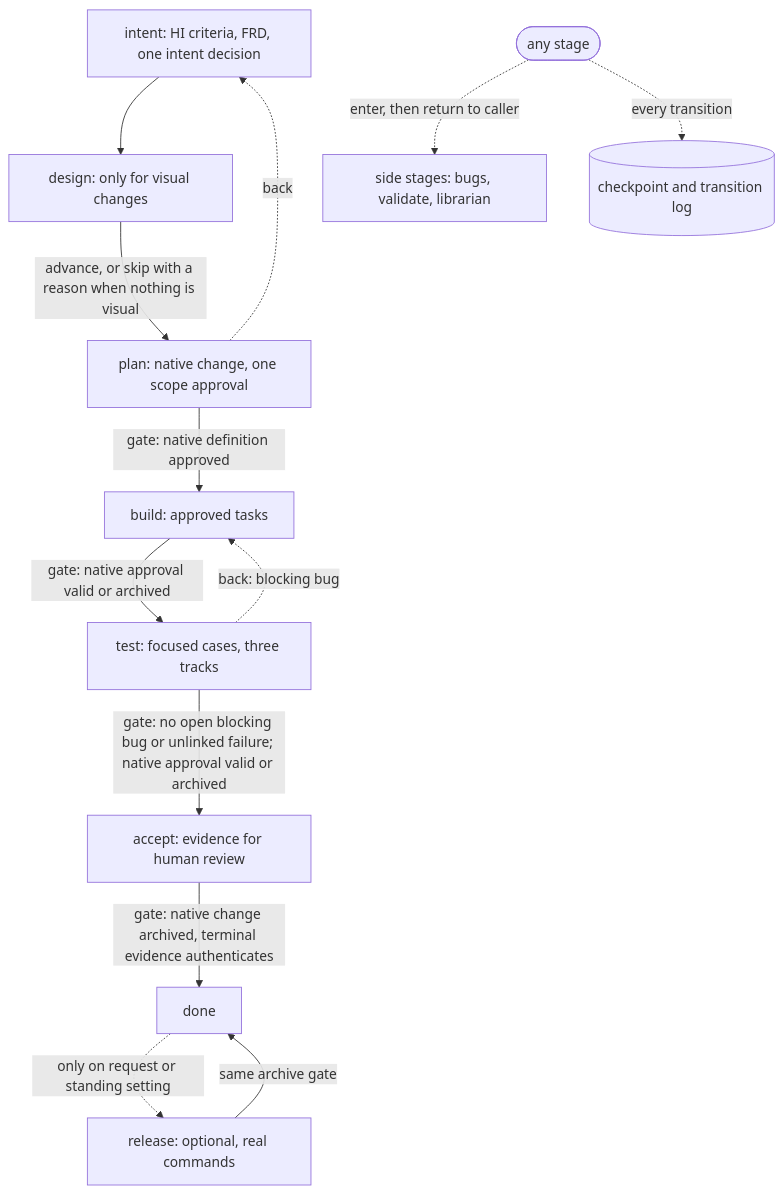
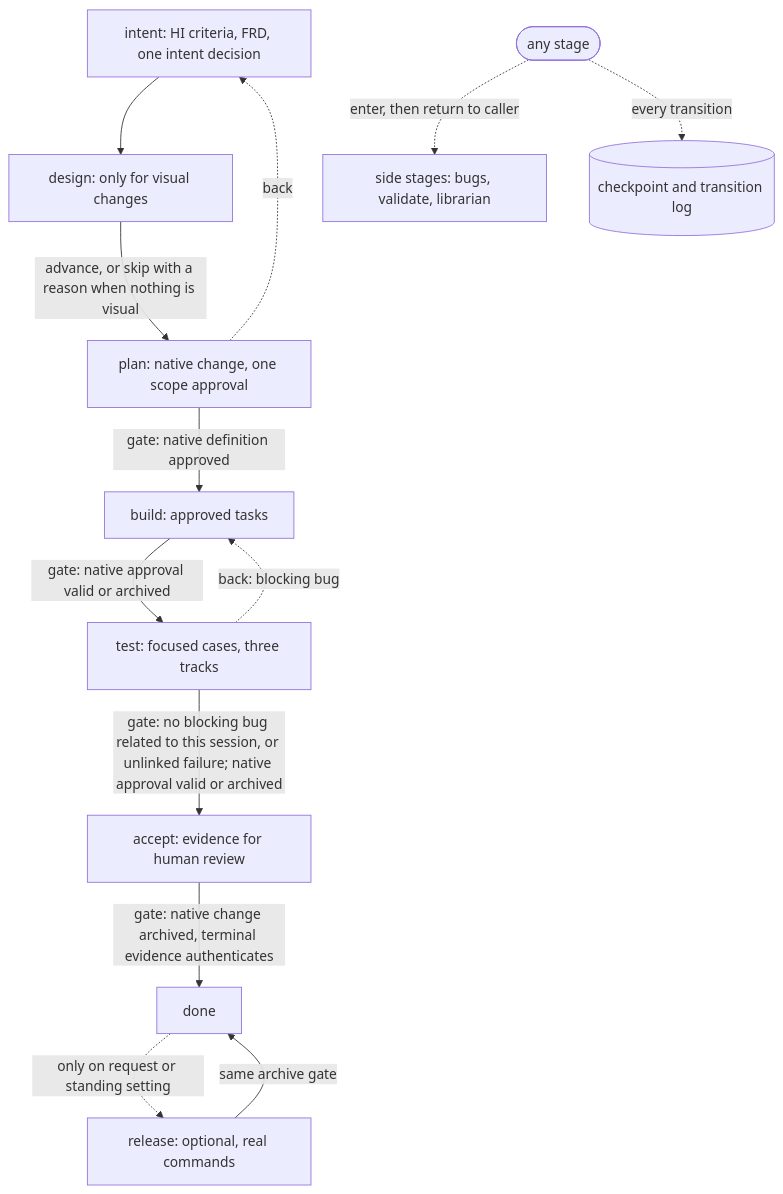
One commit to CorvidLabs/chough changed the diagram in docs/diagrams/stages.mmd. Above: the diagram before and after it, drawn with Mermaid. The commit also changed 40 other files, not shown here.

First line of the commit message:
Limit a blocking bug to the session it is related to (#304)

```diff
--- a/docs/diagrams/stages.mmd
+++ b/docs/diagrams/stages.mmd
@@ -1,18 +1,18 @@
 ---
 config:
   flowchart:
     htmlLabels: true
 ---
 flowchart TB
     intent["intent: HI criteria, FRD, one intent decision"] --> design["design: only for visual changes"]
     design -->|"advance, or skip with a reason when nothing is visual"| plan["plan: native change, one scope approval"]
     plan -->|"gate: native definition approved"| build["build: approved tasks"]
     build -->|"gate: native approval valid or archived"| test["test: focused cases, three tracks"]
-    test -->|"gate: no open blocking bug or unlinked failure; native approval valid or archived"| accept["accept: evidence for human review"]
+    test -->|"gate: no blocking bug related to this session, or unlinked failure; native approval valid or archived"| accept["accept: evidence for human review"]
     accept -->|"gate: native change archived, terminal evidence authenticates"| done["done"]
     done -. "only on request or standing setting" .-> release["release: optional, real commands"]
     release -->|"same archive gate"| done
     test -. "back: blocking bug" .-> build
     plan -. "back" .-> intent
     any(["any stage"]) -. "enter, then return to caller" .-> side["side stages: bugs, validate, librarian"]
     any -. "every transition" .-> checkpoint[("checkpoint and transition log")]
```
